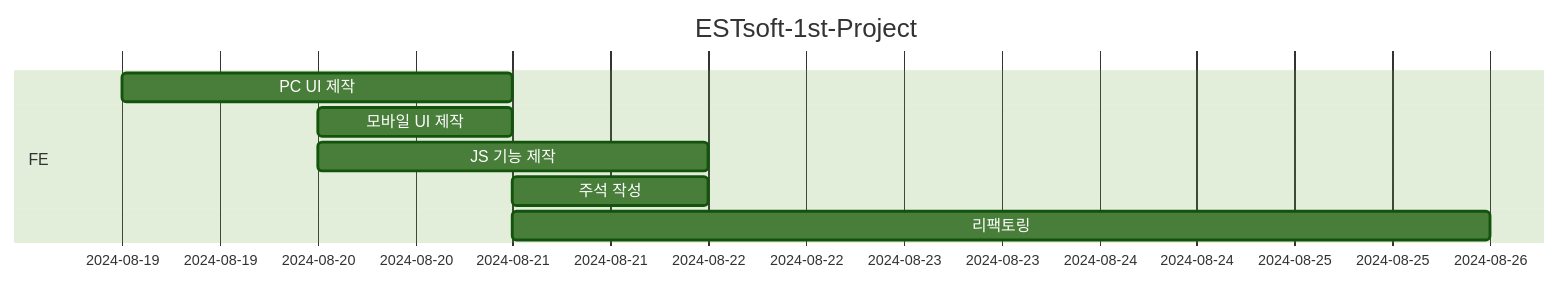
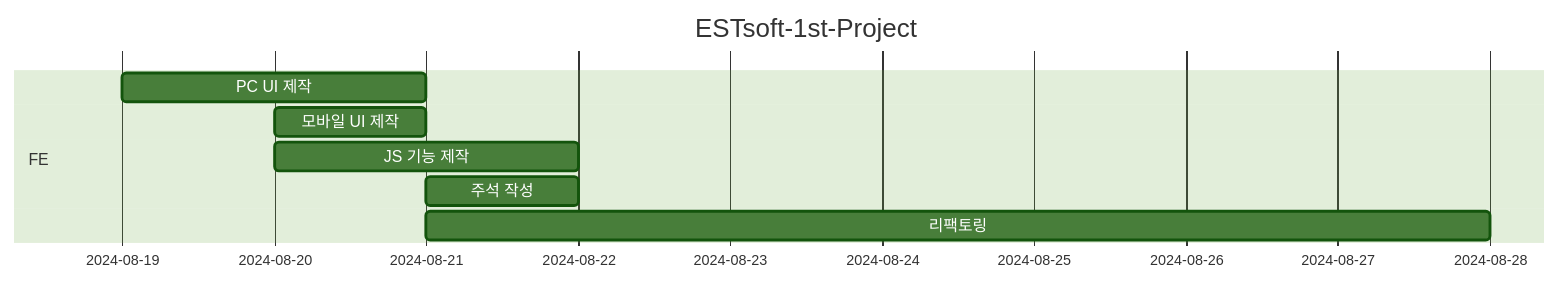
One commit to Jindo-Dog/ESTsoft changed the diagram in README.md. Above: the diagram before and after it, drawn with Mermaid (forest theme). The commit also changed other lines of this file, not shown here.

````diff
--- a/README.md
+++ b/README.md
@@ -75,11 +73,11 @@
 ```mermaid
 gantt
     title ESTsoft-1st-Project
     dateFormat YY-MM-DD
     section FE
         PC UI 제작:2024-08-19, 2d
         모바일 UI 제작:2024-08-20, 1d
         JS 기능 제작:2024-08-20, 2d
         주석 작성:2024-08-21, 1d
-        리팩토링:2024-08-21, 5d
+        리팩토링:2024-08-21, 7d
 ```
````
